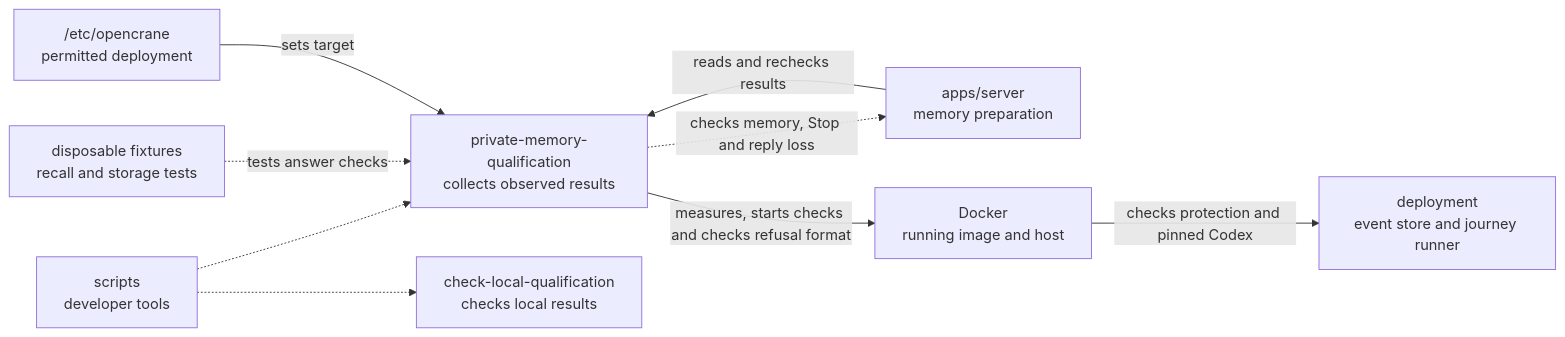
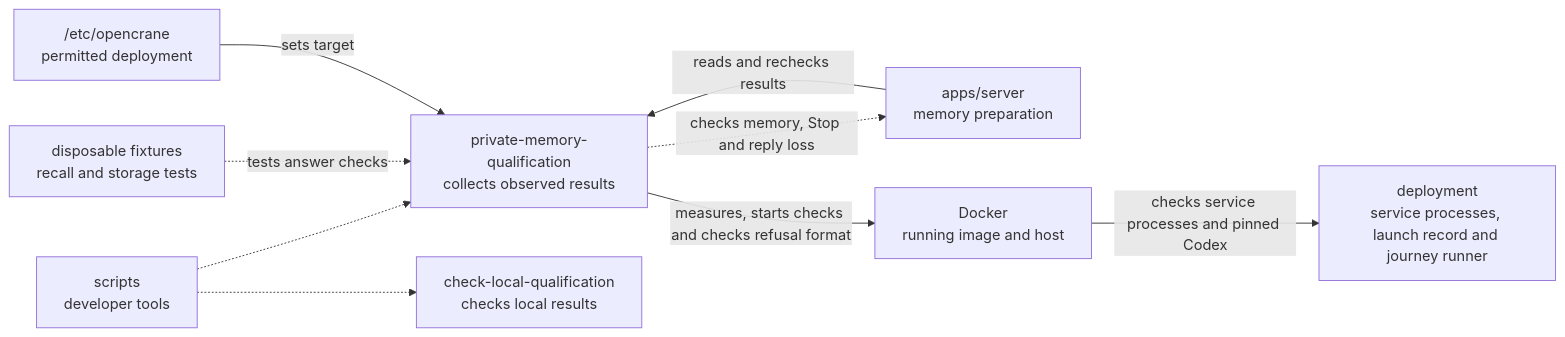
One commit to elewa-git/opencrane-new changed the diagram in scripts/private-memory-qualification/README.md. Above: the diagram before and after it, drawn with Mermaid. The commit also changed other lines of this file and 25 other files, not shown here.

First line of the commit message:
🛡️ Memory qualification checks live delivery and bridge processes before private journeys (#933)

````diff
--- a/scripts/private-memory-qualification/README.md
+++ b/scripts/private-memory-qualification/README.md
@@ -18,11 +18,11 @@
 ```mermaid
 flowchart LR
   scripts["scripts<br/>developer tools"] -.-> collector["private-memory-qualification<br/>collects observed results"]
   fixtures["disposable fixtures<br/>recall and storage tests"] -.->|tests answer checks| collector
   scripts -.-> sibling["check-local-qualification<br/>checks local results"]
   server["apps/server<br/>memory preparation"] -->|reads and rechecks results| collector
   collector -.->|checks memory, Stop and reply loss| server
   config["/etc/opencrane<br/>permitted deployment"] -->|sets target| collector
   collector -->|measures, starts checks and checks refusal format| docker["Docker<br/>running image and host"]
-  docker -->|checks protection and pinned Codex| deployment["deployment<br/>event store and journey runner"]
+  docker -->|checks service processes and pinned Codex| deployment["deployment<br/>service processes, launch record and journey runner"]
 ```
````
